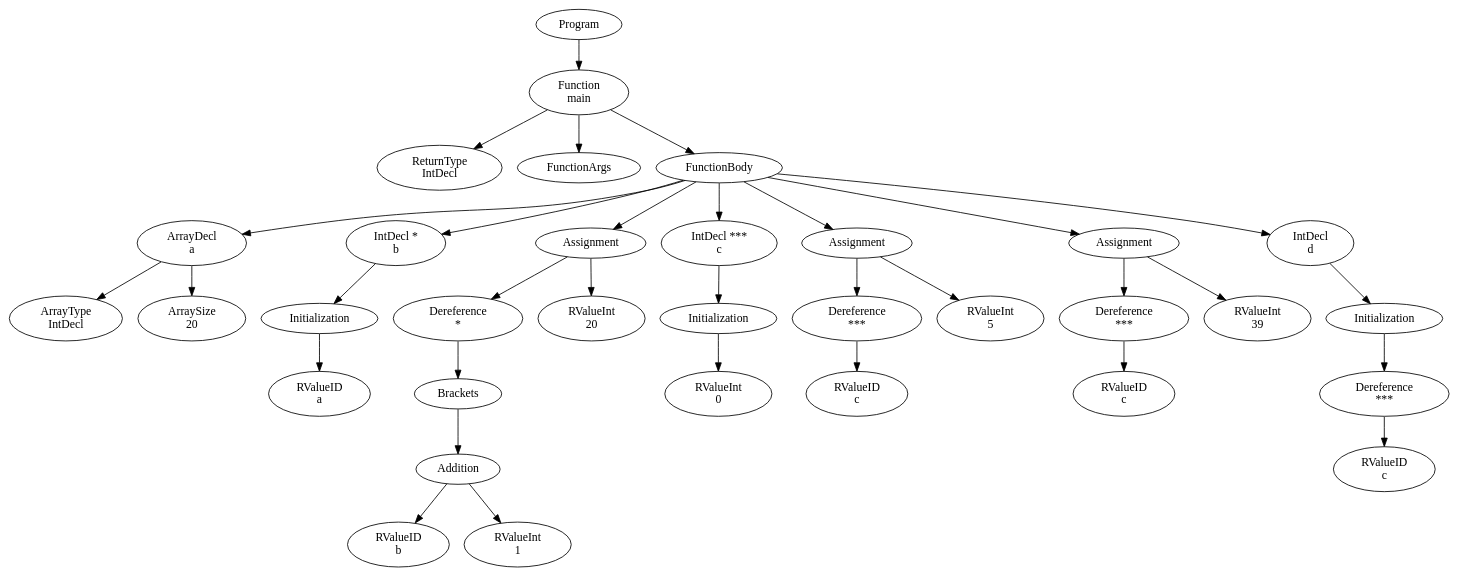
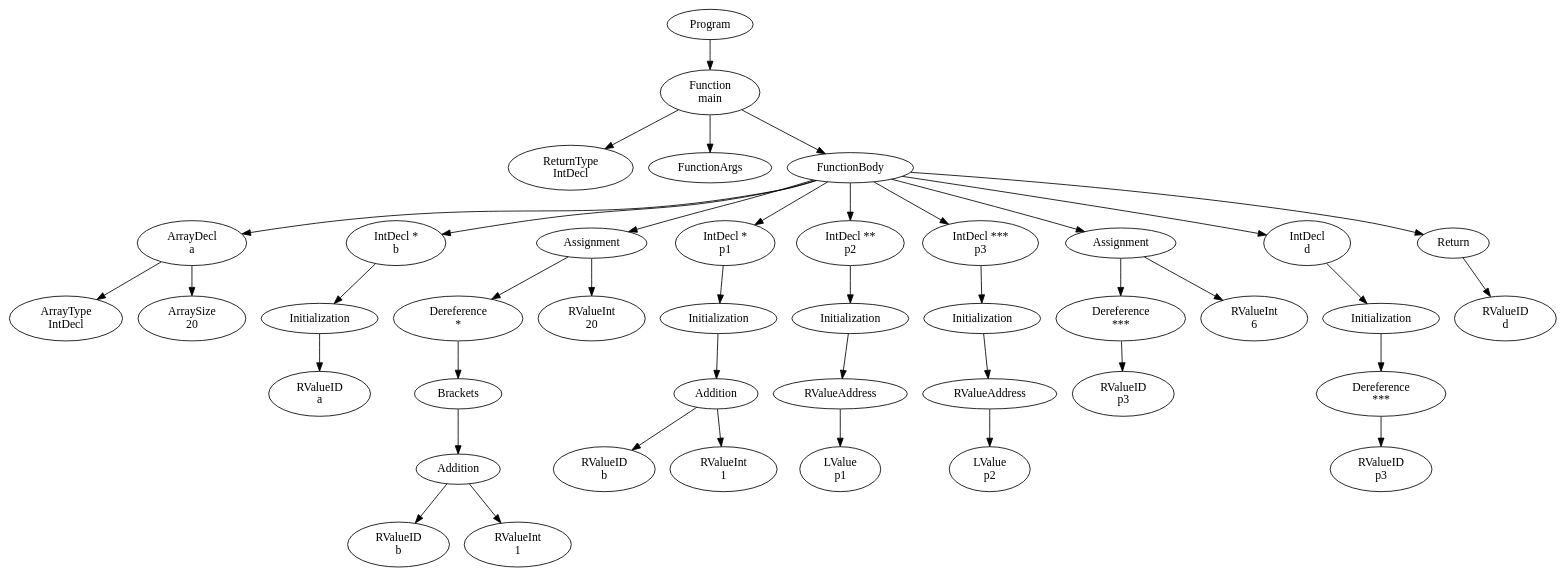
One commit to FedericoQuin/Compilers changed the diagram in official/res/solutions/dereference1.dot. Above: the diagram before and after it, drawn with Graphviz. The commit also changed 18 other files, not shown here.

```diff
--- a/official/res/solutions/dereference1.dot
+++ b/official/res/solutions/dereference1.dot
@@ -1,67 +1,83 @@
 digraph AST {
 1 [label="Program"];
 2 [label="Function \nmain"];
 3 [label="ReturnType \nIntDecl"];
 4 [label="FunctionArgs"];
 5 [label="FunctionBody"];
 6 [label="ArrayDecl \na"];
 7 [label="ArrayType \nIntDecl"];
 8 [label="ArraySize \n20"];
 6 -> 7;
 6 -> 8;
 9 [label="IntDecl * \nb"];
 10 [label="Initialization"];
 11 [label="RValueID \na"];
 10 -> 11;
 9 -> 10;
 12 [label="Assignment"];
 13 [label="Dereference \n*"];
 14 [label="Brackets"];
 15 [label="Addition"];
 16 [label="RValueID \nb"];
 17 [label="RValueInt \n1"];
 15 -> 16;
 15 -> 17;
 14 -> 15;
 13 -> 14;
 18 [label="RValueInt \n20"];
 12 -> 13;
 12 -> 18;
-19 [label="IntDecl *** \nc"];
+19 [label="IntDecl * \np1"];
 20 [label="Initialization"];
-21 [label="RValueInt \n0"];
+21 [label="Addition"];
+22 [label="RValueID \nb"];
+23 [label="RValueInt \n1"];
+21 -> 22;
+21 -> 23;
 20 -> 21;
 19 -> 20;
-22 [label="Assignment"];
-23 [label="Dereference \n***"];
-24 [label="RValueID \nc"];
-23 -> 24;
-25 [label="RValueInt \n5"];
-22 -> 23;
-22 -> 25;
-26 [label="Assignment"];
-27 [label="Dereference \n***"];
-28 [label="RValueID \nc"];
-27 -> 28;
-29 [label="RValueInt \n39"];
+24 [label="IntDecl ** \np2"];
+25 [label="Initialization"];
+26 [label="RValueAddress"];
+27 [label="LValue \np1"];
 26 -> 27;
-26 -> 29;
-30 [label="IntDecl \nd"];
-31 [label="Initialization"];
-32 [label="Dereference \n***"];
-33 [label="RValueID \nc"];
+25 -> 26;
+24 -> 25;
+28 [label="IntDecl *** \np3"];
+29 [label="Initialization"];
+30 [label="RValueAddress"];
+31 [label="LValue \np2"];
+30 -> 31;
+29 -> 30;
+28 -> 29;
+32 [label="Assignment"];
+33 [label="Dereference \n***"];
+34 [label="RValueID \np3"];
+33 -> 34;
+35 [label="RValueInt \n6"];
 32 -> 33;
-31 -> 32;
-30 -> 31;
+32 -> 35;
+36 [label="IntDecl \nd"];
+37 [label="Initialization"];
+38 [label="Dereference \n***"];
+39 [label="RValueID \np3"];
+38 -> 39;
+37 -> 38;
+36 -> 37;
+40 [label="Return"];
+41 [label="RValueID \nd"];
+40 -> 41;
 5 -> 6;
 5 -> 9;
 5 -> 12;
 5 -> 19;
-5 -> 22;
-5 -> 26;
-5 -> 30;
+5 -> 24;
+5 -> 28;
+5 -> 32;
+5 -> 36;
+5 -> 40;
 2 -> 3;
 2 -> 4;
 2 -> 5;
 1 -> 2;
 }
```
